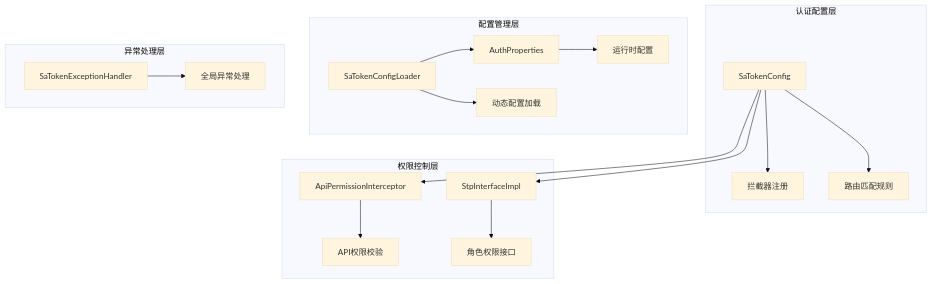
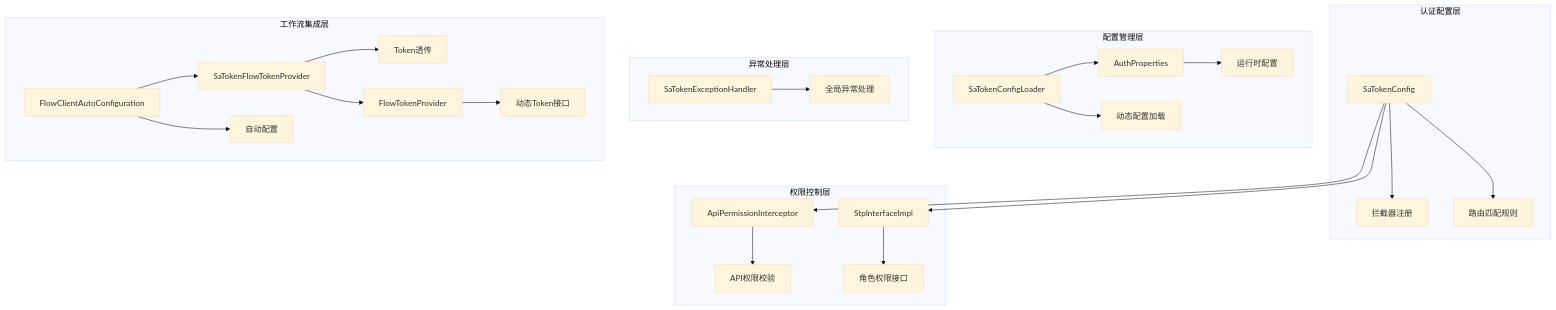
One commit to yaomindong1996/forge-admin changed the first of 7 diagrams in .qoder/repowiki/zh/content/后端框架详解/安全认证模块/Sa-Token集成配置.md. Above: the diagram before and after it, drawn with Mermaid (base theme). The commit also changed other lines of this file and 76 other files, not shown here.

````diff
--- a/.qoder/repowiki/zh/content/后端框架详解/安全认证模块/Sa-Token集成配置.md
+++ b/.qoder/repowiki/zh/content/后端框架详解/安全认证模块/Sa-Token集成配置.md
@@ -36,21 +48,28 @@
 ```mermaid
 graph TB
 subgraph "认证配置层"
 A[SaTokenConfig] --> B[拦截器注册]
 A --> C[路由匹配规则]
 end
 subgraph "权限控制层"
 D[ApiPermissionInterceptor] --> E[API权限校验]
 F[StpInterfaceImpl] --> G[角色权限接口]
 end
 subgraph "配置管理层"
 H[AuthProperties] --> I[运行时配置]
 J[SaTokenConfigLoader] --> K[动态配置加载]
 end
 subgraph "异常处理层"
 L[SaTokenExceptionHandler] --> M[全局异常处理]
 end
+subgraph "工作流集成层"
+N[SaTokenFlowTokenProvider] --> O[Token透传]
+P[FlowTokenProvider] --> Q[动态Token接口]
+R[FlowClientAutoConfiguration] --> S[自动配置]
+end
 A --> D
 A --> F
 J --> H
+N --> P
+R --> N
 ```
````
